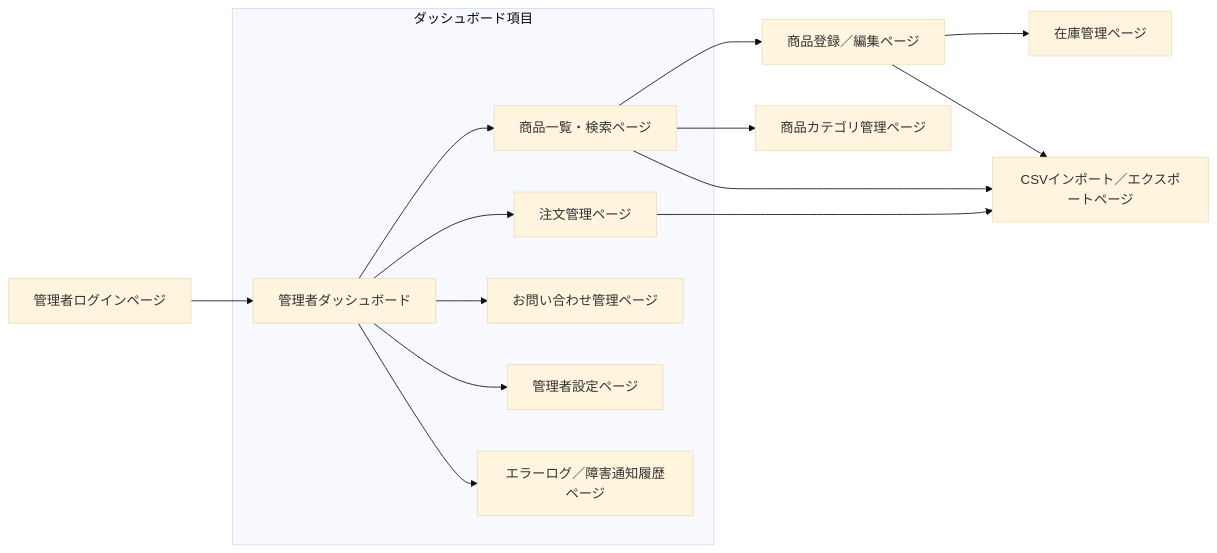
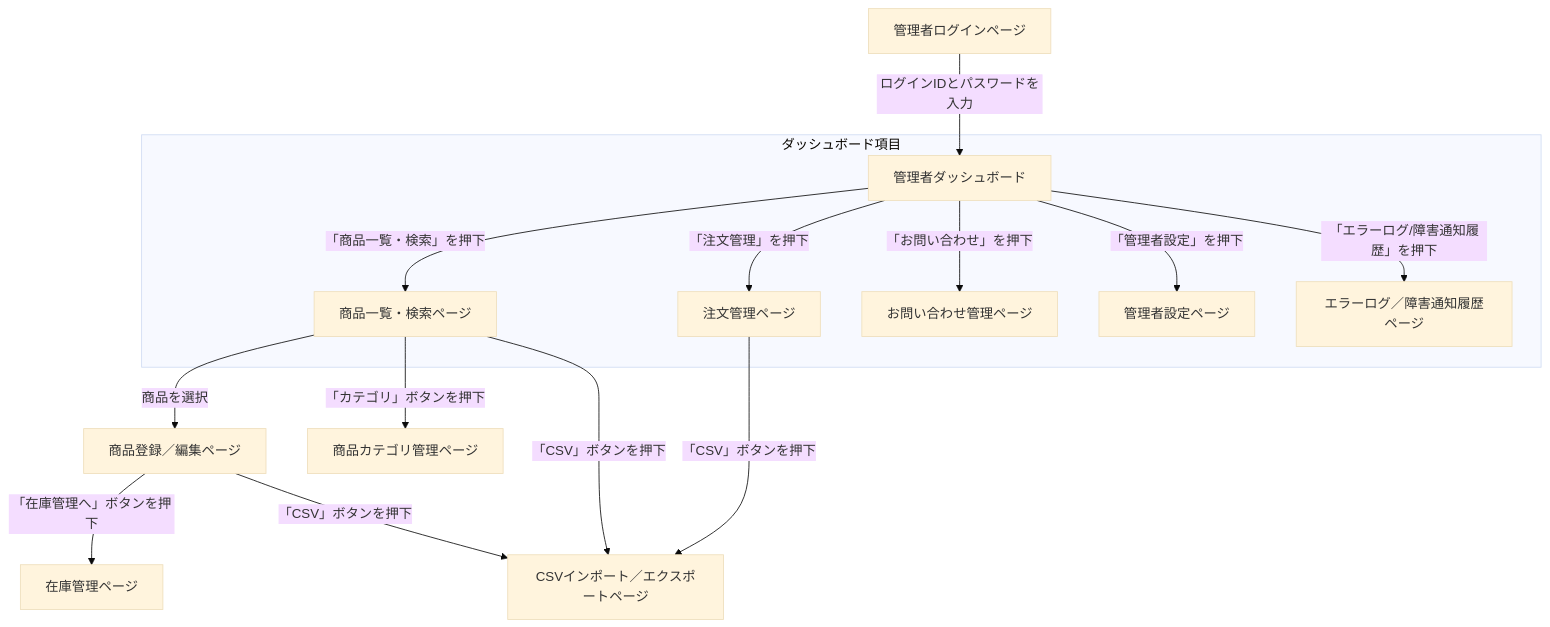
The diagram in 基本設計/画面設計/画面遷移図/管理画面遷移図.md (Aoi-Yaegashi/teamF), drawn with Mermaid (base theme) before and after one commit.

Commit message:
管理者の遷移図にコメントを追加

````diff
--- a/基本設計/画面設計/画面遷移図/管理画面遷移図.md
+++ b/基本設計/画面設計/画面遷移図/管理画面遷移図.md
@@ -1,29 +1,29 @@
 ```mermaid
-graph LR
+graph TD
 
 %% ログイン
-A01[管理者ログインページ] --> A02[管理者ダッシュボード]
+A01[管理者ログインページ] -->|ログインIDとパスワードを入力| A02[管理者ダッシュボード]
 
 subgraph ダッシュボード項目
 %% ダッシュボードからの遷移
-A02 --> A03[商品一覧・検索ページ]
-A02 --> A06[注文管理ページ]
-A02 --> A11[お問い合わせ管理ページ]
-A02 --> A12[管理者設定ページ]
+A02 -->|「商品一覧・検索」を押下| A03[商品一覧・検索ページ]
+A02 -->|「注文管理」を押下| A06[注文管理ページ]
+A02 -->|「お問い合わせ」を押下| A11[お問い合わせ管理ページ]
+A02 -->|「管理者設定」を押下| A12[管理者設定ページ]
 
 %%% 管理者設定など
-A02 --> A13[エラーログ／障害通知履歴ページ]
+A02 -->|「エラーログ/障害通知履歴」を押下| A13[エラーログ／障害通知履歴ページ]
 end
 
 %% 商品関連
-A03 --> A04[商品登録／編集ページ]
-A04 --> A07[在庫管理ページ]
-A03 --> A05[商品カテゴリ管理ページ]
-A03 --> A10[CSVインポート／エクスポートページ]
+A03 -->|商品を選択| A04[商品登録／編集ページ]
+A04 -->|「在庫管理へ」ボタンを押下| A07[在庫管理ページ]
+A03 -->|「カテゴリ」ボタンを押下| A05[商品カテゴリ管理ページ]
+A03 -->|「CSV」ボタンを押下| A10[CSVインポート／エクスポートページ]
 
 %% 注文管理
-A06 --> A10
+A06 -->|「CSV」ボタンを押下| A10
 
 %% CSV関連（商品/注文から遷移可能）
-A04 --> A10
+A04 -->|「CSV」ボタンを押下| A10
 ```
````
